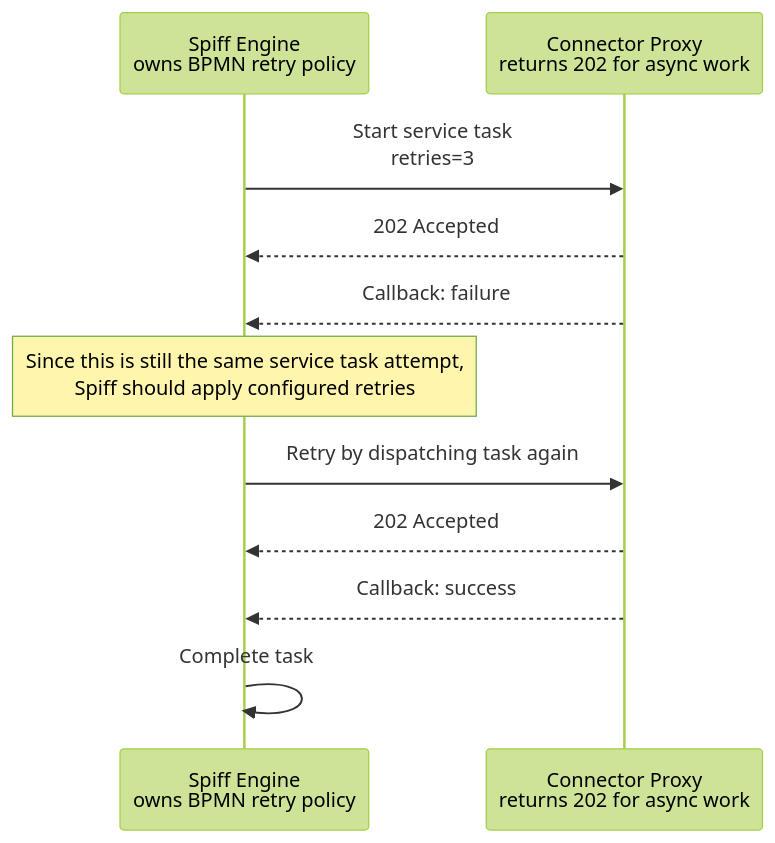
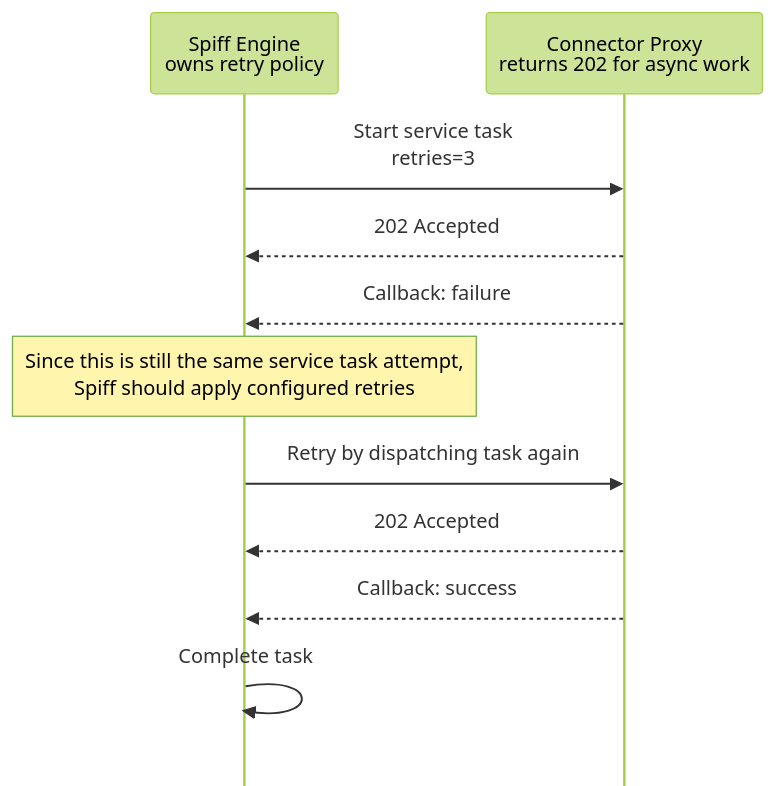
One commit to sartography/spiff-arena changed the diagram in docs/how_to_guides/building_diagrams/long_running_service_tasks.md. Above: the diagram before and after it, drawn with Mermaid (forest theme).

Commit message:
mermaid diagram w/ jasquat

````diff
--- a/docs/how_to_guides/building_diagrams/long_running_service_tasks.md
+++ b/docs/how_to_guides/building_diagrams/long_running_service_tasks.md
@@ -24,18 +24,19 @@
 ```mermaid
+%%{init: {"sequence": {"mirrorActors": false}}}%%
 sequenceDiagram
-    participant Spiff as Spiff Engine<br/>owns BPMN retry policy
+    participant Spiff as Spiff Engine<br/>owns retry policy
     participant Proxy as Connector Proxy<br/>returns 202 for async work
 
     Spiff->>Proxy: Start service task<br/>retries=3
     Proxy-->>Spiff: 202 Accepted
 
     Proxy-->>Spiff: Callback: failure
 
     Note over Spiff: Since this is still the same service task attempt,<br/>Spiff should apply configured retries
 
     Spiff->>Proxy: Retry by dispatching task again
     Proxy-->>Spiff: 202 Accepted
 
     Proxy-->>Spiff: Callback: success
     Spiff->>Spiff: Complete task
 ```
````
